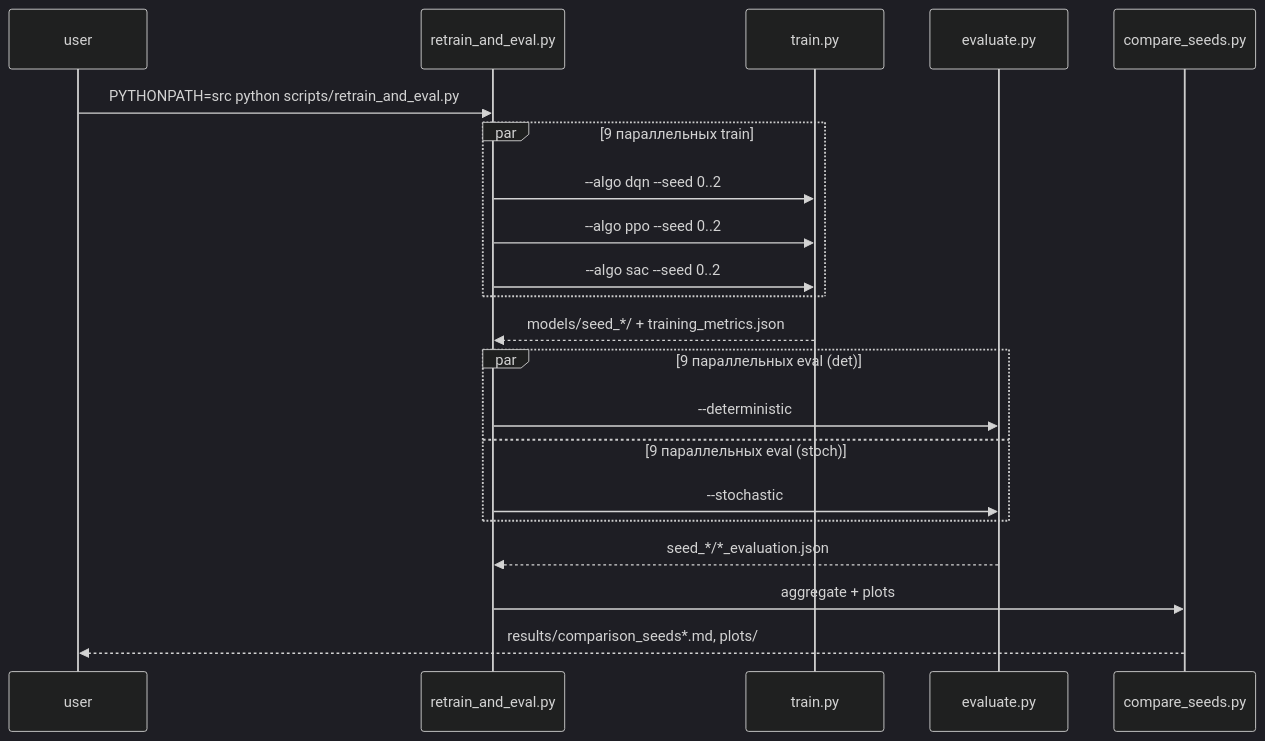
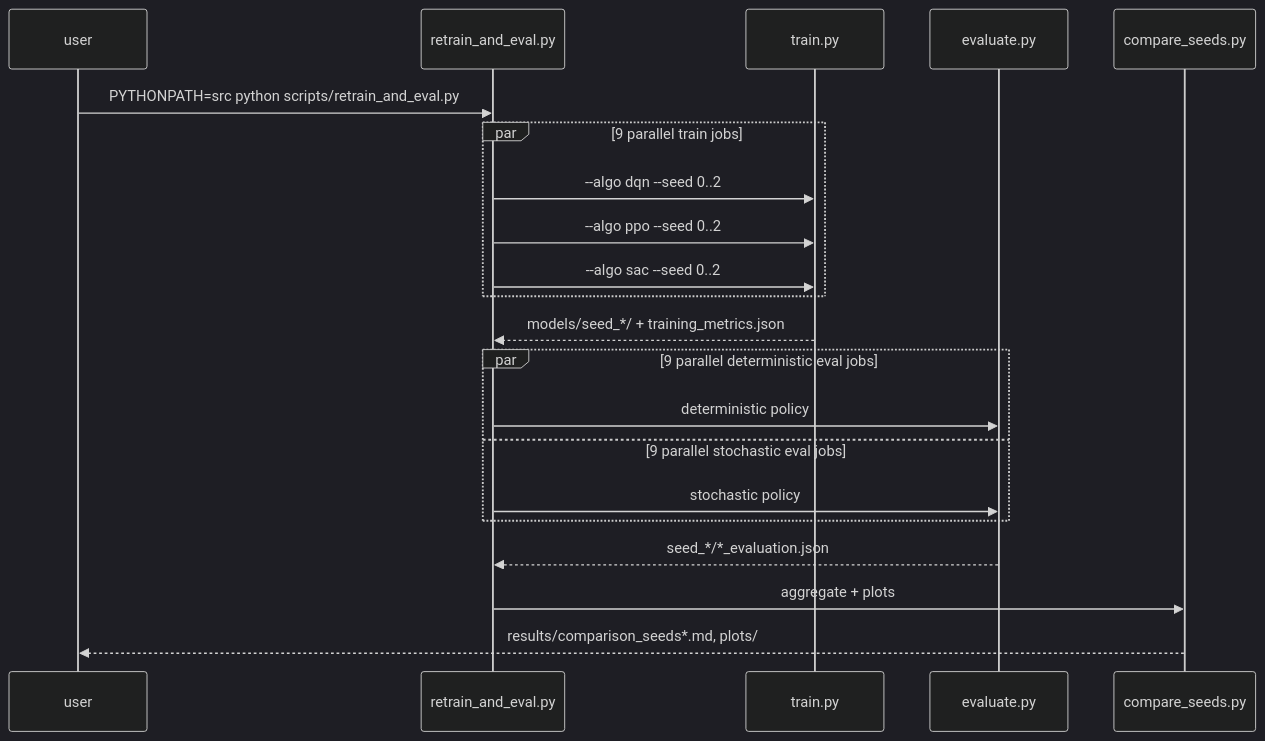
The third of 4 diagrams in README.md (stockman2836/INS), drawn with Mermaid (dark theme) before and after one commit. The commit also changed other lines of this file, not shown here.

````diff
--- a/README.md
+++ b/README.md
@@ -189,26 +190,26 @@
 ```mermaid
 sequenceDiagram
     participant U as user
     participant R as retrain_and_eval.py
     participant T as train.py
     participant E as evaluate.py
     participant C as compare_seeds.py
 
     U->>R: PYTHONPATH=src python scripts/retrain_and_eval.py
-    par 9 параллельных train
+    par 9 parallel train jobs
         R->>T: --algo dqn --seed 0..2
         R->>T: --algo ppo --seed 0..2
         R->>T: --algo sac --seed 0..2
     end
     T-->>R: models/seed_*/ + training_metrics.json
 
-    par 9 параллельных eval (det)
-        R->>E: --deterministic
-    and 9 параллельных eval (stoch)
-        R->>E: --stochastic
+    par 9 parallel deterministic eval jobs
+        R->>E: deterministic policy
+    and 9 parallel stochastic eval jobs
+        R->>E: stochastic policy
     end
     E-->>R: seed_*/*_evaluation.json
 
     R->>C: aggregate + plots
     C-->>U: results/comparison_seeds*.md, plots/
 ```
````
